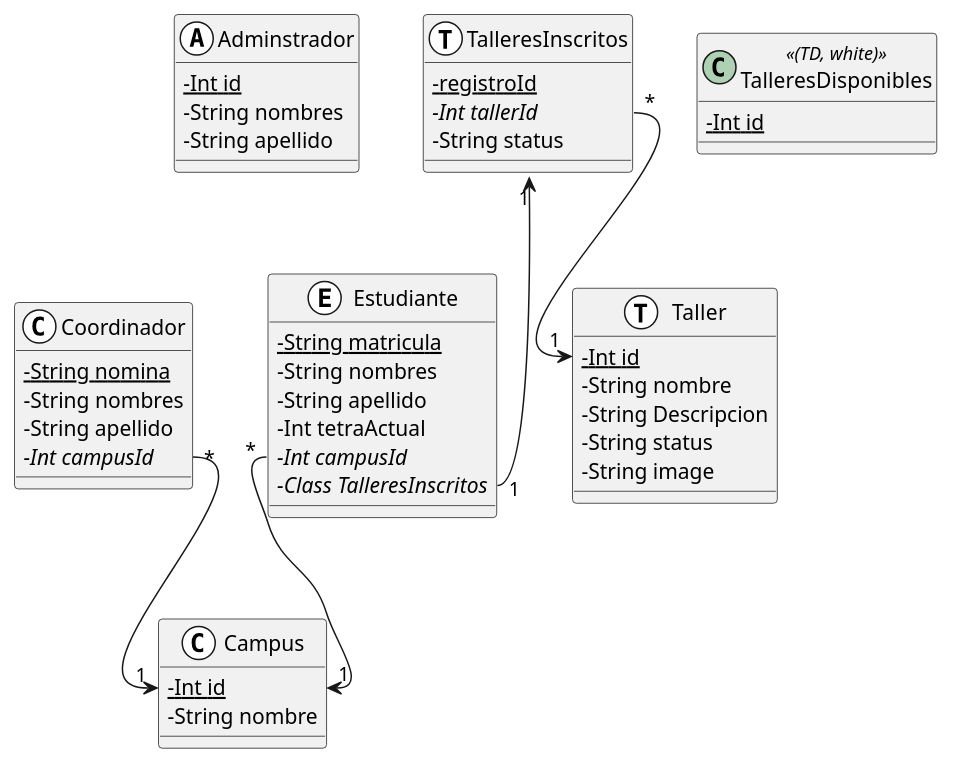
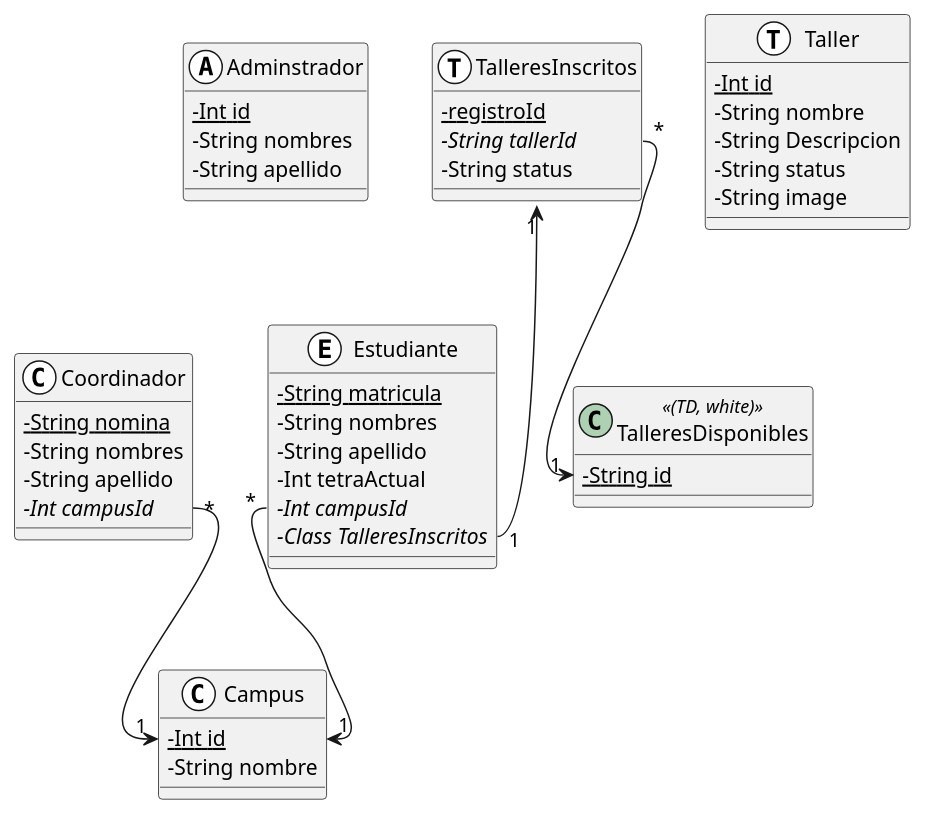
Before and after one commit to facund015/codeRelatedObsidianNotes: the diagram in Reto/Base de datos.md, drawn with PlantUML.

Commit message:
vault backup: 2021-10-12 12:45:25

````diff
--- a/Reto/Base de datos.md
+++ b/Reto/Base de datos.md
@@ -2,59 +2,59 @@
 ```plantuml
 @startuml
 skinparam classAttributeIconSize 0
 
 class Adminstrador <<(A,white)>> {
 	{static} -Int id
 	-String nombres
 	-String apellido
 }
 
 class Estudiante <<(E,white)>> {
 	{static} - String matricula
 	-String nombres
 	-String apellido
 	-Int tetraActual
 	{abstract} -Int campusId
 	{abstract} -Class TalleresInscritos
 }
 
 class Campus <<(C,white)>> {
 	{static} -Int id
 	-String nombre
 }
 
 class TalleresInscritos <<(T,white)>> {
 	{static} -registroId 
-	{abstract} -Int tallerId
+	{abstract} -String tallerId
 	-String status
 }
 
 class Coordinador <<(C,white)>> {
 	{static} -String nomina
 	-String nombres
 	-String apellido
 	{abstract} -Int campusId
 }
 
 class Taller <<(T,white)>> {
     {static} -Int id 
     - String nombre
 	- String Descripcion
     - String status
     - String image
 }
 
 class TalleresDisponibles <<(TD, white)>> {
-	{static} -Int id
+	{static} -String id
 }
 
 
 
 
 TalleresInscritos "1" <-- "1" Estudiante::TalleresInscritos
-TalleresInscritos::tallerId "*" --> "1" Taller::id
+TalleresInscritos::tallerId "*" --> "1" TalleresDisponibles::id
 Estudiante::campusId "*" --> "1" Campus::id
 Coordinador::campusId "*" --> "1" Campus::id 
 
 @enduml
 ```
````
